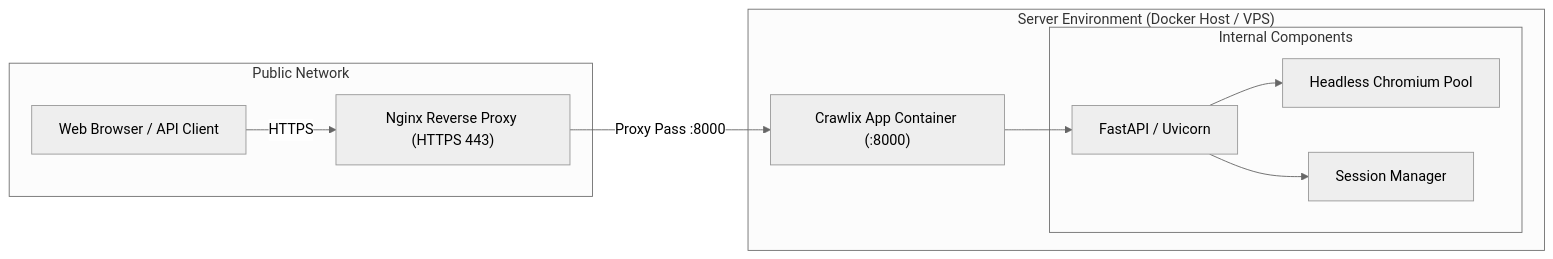
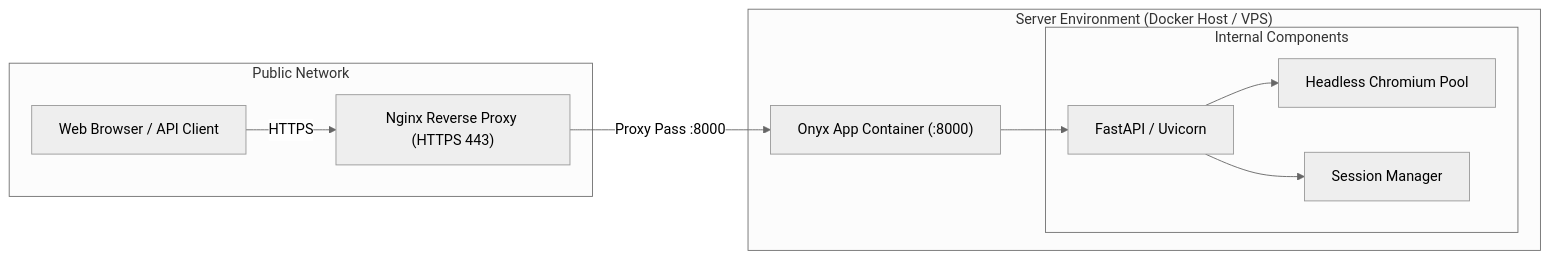
The diagram in docs/SELF_HOSTING.md (Tejas3479/onyx), drawn with Mermaid (neutral theme) before and after one commit. The commit also changed other lines of this file and 34 other files, not shown here.

Commit message:
Rebrand: Crawlix -> Onyx across entire codebase

````diff
--- a/docs/SELF_HOSTING.md
+++ b/docs/SELF_HOSTING.md
@@ -9,23 +9,23 @@
 ```mermaid
 flowchart LR
     subgraph Public["Public Network"]
         CLIENT["Web Browser / API Client"]
         NGINX["Nginx Reverse Proxy (HTTPS 443)"]
     end
 
     subgraph Host["Server Environment (Docker Host / VPS)"]
-        CONTAINER["Crawlix App Container (:8000)"]
+        CONTAINER["Onyx App Container (:8000)"]
         
         subgraph Inside["Internal Components"]
             FASTAPI["FastAPI / Uvicorn"]
             PW["Headless Chromium Pool"]
             SESSIONS["Session Manager"]
         end
     end
 
     CLIENT -->|HTTPS| NGINX
     NGINX -->|Proxy Pass :8000| CONTAINER
     CONTAINER --> FASTAPI
     FASTAPI --> PW
     FASTAPI --> SESSIONS
 ```
````
